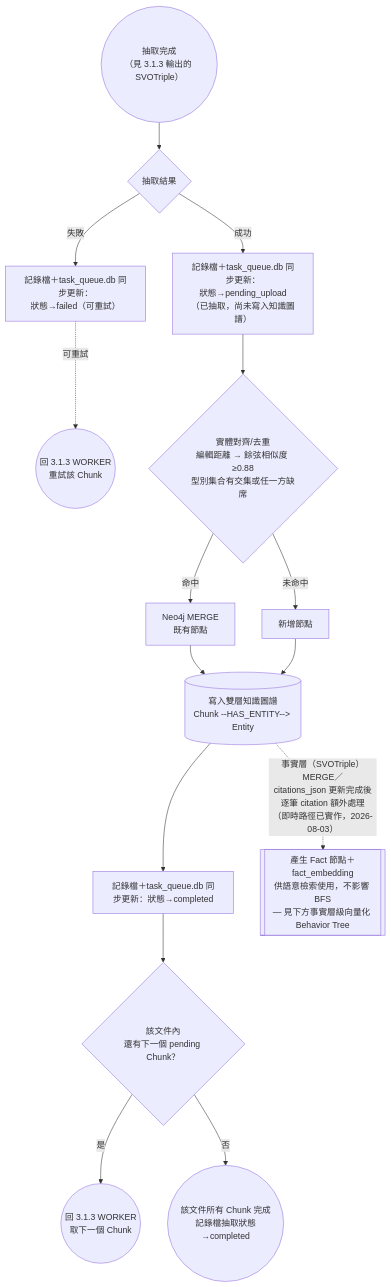
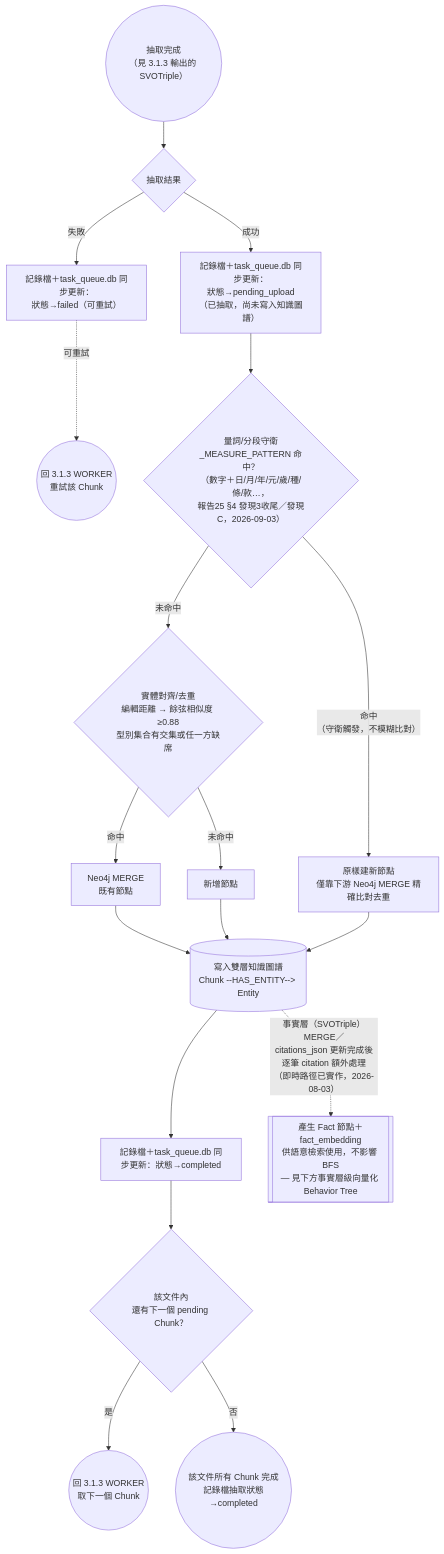
The eighth of 18 diagrams in docs/論文/03_系統設計與方法論.md (Chester930/world-knowledge-graph-rag), drawn with Mermaid before and after one commit. The commit also changed other lines of this file and 7 other files, not shown here.

First line of the commit message:
docs: 補齊DEDUP4/RQ4b文件缺口——圖示同步發現3/C、補文獻定位

````diff
--- a/docs/論文/03_系統設計與方法論.md
+++ b/docs/論文/03_系統設計與方法論.md
@@ -458,18 +458,21 @@
 ```mermaid
 flowchart TD
     HANDOFF4(("抽取完成<br/>（見 3.1.3 輸出的 SVOTriple）")) --> RESULT{"抽取結果"}
     RESULT -->|成功| UPLOAD["記錄檔＋task_queue.db 同步更新：<br/>狀態→pending_upload<br/>（已抽取，尚未寫入知識圖譜）"]
     RESULT -->|失敗| FAIL["記錄檔＋task_queue.db 同步更新：<br/>狀態→failed（可重試）"]
     FAIL -.->|可重試| RETRY(("回 3.1.3 WORKER<br/>重試該 Chunk"))
 
-    UPLOAD --> DEDUP4{"實體對齊/去重<br/>編輯距離 → 餘弦相似度 ≥0.88<br/>型別集合有交集或任一方缺席"}
+    UPLOAD --> GUARD4{"量詞/分段守衛<br/>_MEASURE_PATTERN 命中？<br/>（數字＋日/月/年/元/歲/種/條/款…，<br/>報告25 §4 發現3收尾／發現C，2026-09-03）"}
+    GUARD4 -->|"命中<br/>（守衛觸發，不模糊比對）"| CREATE4G["原樣建新節點<br/>僅靠下游 Neo4j MERGE 精確比對去重"]
+    GUARD4 -->|未命中| DEDUP4{"實體對齊/去重<br/>編輯距離 → 餘弦相似度 ≥0.88<br/>型別集合有交集或任一方缺席"}
     DEDUP4 -->|命中| MERGE4["Neo4j MERGE<br/>既有節點"]
     DEDUP4 -->|未命中| CREATE4["新增節點"]
     MERGE4 --> KG4[("寫入雙層知識圖譜<br/>Chunk --HAS_ENTITY--> Entity")]
     CREATE4 --> KG4
+    CREATE4G --> KG4
     KG4 --> DONE4["記錄檔＋task_queue.db 同步更新：狀態→completed"]
     DONE4 --> NEXT4{"該文件內<br/>還有下一個 pending Chunk？"}
     NEXT4 -->|是| RETRY2(("回 3.1.3 WORKER<br/>取下一個 Chunk"))
     NEXT4 -->|否| IDLE4(("該文件所有 Chunk 完成<br/>記錄檔抽取狀態→completed"))
     KG4 -.->|"事實層（SVOTriple）MERGE／<br/>citations_json 更新完成後<br/>逐筆 citation 額外處理<br/>（即時路徑已實作，2026-08-03）"| FACTVEC[["產生 Fact 節點＋fact_embedding<br/>供語意檢索使用，不影響 BFS<br/>— 見下方事實層級向量化 Behavior Tree"]]
 ```
````
